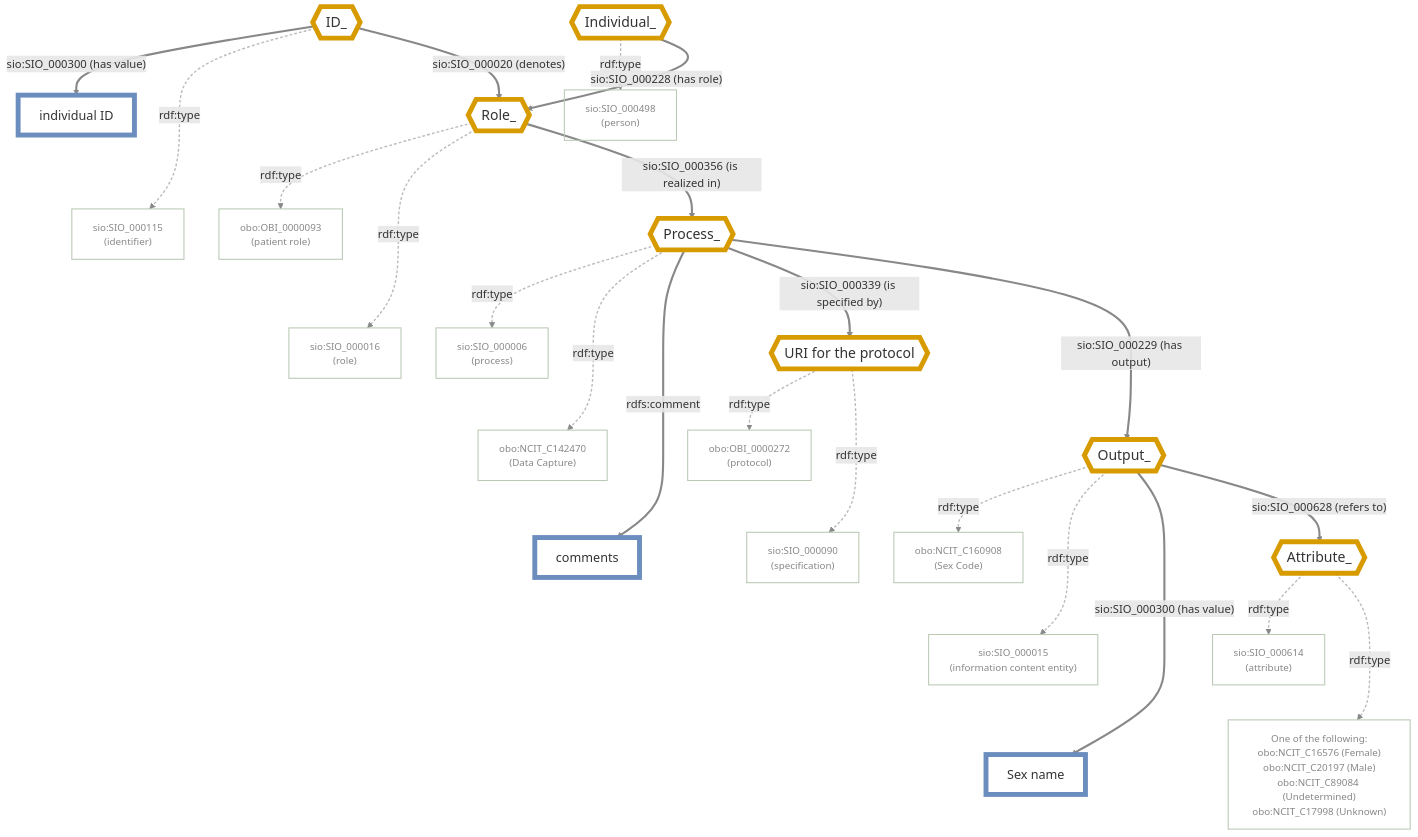
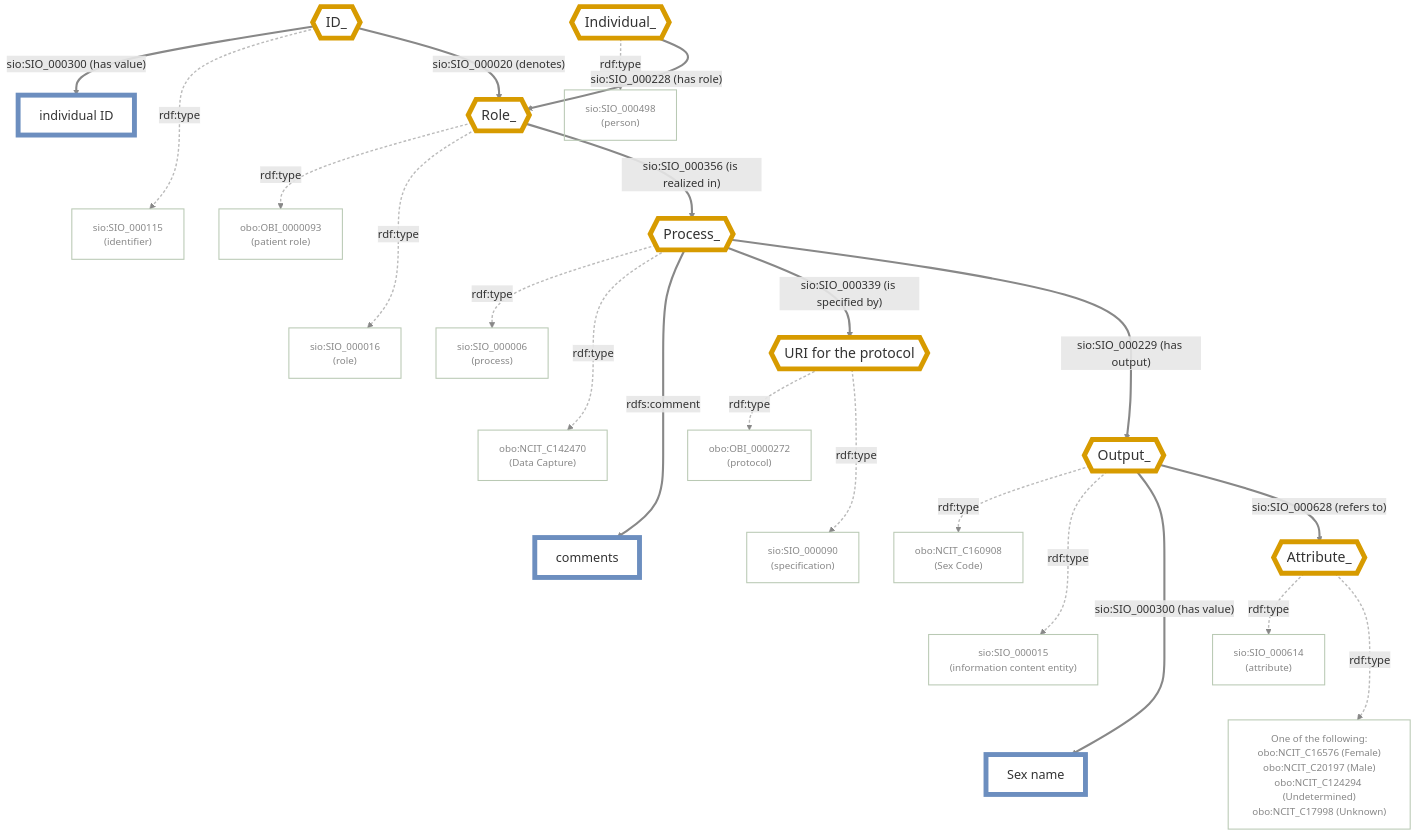
Before and after one commit to wilkinsonlab/CARE-Semantic-Model-Version-2: the diagram in diagrams/CARE-SM-obo-Sex.md, drawn with Mermaid. The commit also changed 20 other files, not shown here.

````diff
--- a/diagrams/CARE-SM-obo-Sex.md
+++ b/diagrams/CARE-SM-obo-Sex.md
@@ -16,78 +16,78 @@
 ```mermaid
 %%{init: {"themeVariables": {"lineColor": "#888888"}}}%%
 flowchart TD
     classDef usedInstance fill:#ffffff,stroke:#d79b00,stroke-width:7px,color:#333,font-size:20px
     classDef classNode fill:transparent,stroke:#b9c9b4,stroke-width:1.5px,color:#888,font-size:14px
     classDef dataValue fill:#ffffff,stroke:#6c8ebf,stroke-width:7px,color:#333,font-size:18px
     linkStyle default stroke:#888888,stroke-width:3px
 
     %% Instances
     ID_{{ID_}}:::usedInstance
     Individual_{{Individual_}}:::usedInstance
     Role_{{Role_}}:::usedInstance
     Process_{{Process_}}:::usedInstance
     Output_{{Output_}}:::usedInstance
     Attribute_{{Attribute_}}:::usedInstance
     URIProtocol{{"URI for the protocol"}}:::usedInstance
 
     %% Classes
     SIO_000115["sio:SIO_000115<br/>(identifier)"]:::classNode
     SIO_000498["sio:SIO_000498<br/>(person)"]:::classNode
     OBI_0000093["obo:OBI_0000093<br/>(patient role)"]:::classNode
     SIO_000016["sio:SIO_000016<br/>(role)"]:::classNode
     SIO_000006["sio:SIO_000006<br/>(process)"]:::classNode
     NCIT_C142470["obo:NCIT_C142470<br/>(Data Capture)"]:::classNode
     OBI_0000272["obo:OBI_0000272<br/>(protocol)"]:::classNode
     SIO_000090["sio:SIO_000090<br/>(specification)"]:::classNode
     SIO_000015["sio:SIO_000015<br/>(information content entity)"]:::classNode
     NCIT_C160908["obo:NCIT_C160908<br/>(Sex Code)"]:::classNode
     SIO_000614["sio:SIO_000614<br/>(attribute)"]:::classNode
-    SexOptions["One of the following:<br/>obo:NCIT_C16576 (Female)<br/>obo:NCIT_C20197 (Male)<br/>obo:NCIT_C89084 (Undetermined)<br/>obo:NCIT_C17998 (Unknown)"]:::classNode
+    SexOptions["One of the following:<br/>obo:NCIT_C16576 (Female)<br/>obo:NCIT_C20197 (Male)<br/>obo:NCIT_C124294 (Undetermined)<br/>obo:NCIT_C17998 (Unknown)"]:::classNode
 
     %% Data values
     IndividualID["individual ID"]:::dataValue
     Comments["comments"]:::dataValue
     SexName["Sex name"]:::dataValue
 
     %% Real edges (indices 0-20)
     ID_ -->|"sio:SIO_000300 (has value)"| IndividualID
     ID_ -->|"rdf:type"| SIO_000115
     ID_ -->|"sio:SIO_000020 (denotes)"| Role_
 
     Individual_ -->|"rdf:type"| SIO_000498
     Individual_ -->|"sio:SIO_000228 (has role)"| Role_
 
     Role_ -->|"rdf:type"| OBI_0000093
     Role_ -->|"rdf:type"| SIO_000016
     Role_ -->|"sio:SIO_000356 (is realized in)"| Process_
 
     Process_ -->|"rdf:type"| SIO_000006
     Process_ -->|"rdf:type"| NCIT_C142470
     Process_ -->|"rdfs:comment"| Comments
     Process_ -->|"sio:SIO_000339 (is specified by)"| URIProtocol
     Process_ -->|"sio:SIO_000229 (has output)"| Output_
 
     URIProtocol -->|"rdf:type"| OBI_0000272
     URIProtocol -->|"rdf:type"| SIO_000090
 
     Output_ -->|"rdf:type"| NCIT_C160908
     Output_ -->|"rdf:type"| SIO_000015
     Output_ -->|"sio:SIO_000300 (has value)"| SexName
     Output_ -->|"sio:SIO_000628 (refers to)"| Attribute_
 
     Attribute_ -->|"rdf:type"| SIO_000614
     Attribute_ -->|"rdf:type"| SexOptions
 
     %% Invisible layout-only chains (indices 21-29, hidden below) force siblings into one column
     IndividualID ~~~ SIO_000115
     OBI_0000093 ~~~ SIO_000016
     SIO_000006 ~~~ NCIT_C142470 ~~~ Comments
     OBI_0000272 ~~~ SIO_000090
     NCIT_C160908 ~~~ SIO_000015 ~~~ SexName
     SIO_000614 ~~~ SexOptions
 
     URIProtocol ~~~ Output_
     %% rdf:type edges (indices 1,3,5,6,8,9,13,14,15,16,19,20) de-emphasized so the structural backbone stands out
     linkStyle 1,3,5,6,8,9,13,14,15,16,19,20 stroke:#bbb,stroke-width:2px,stroke-dasharray:4 3
     linkStyle 21,22,23,24,25,26,27,28,29 stroke:none
 ```
````
